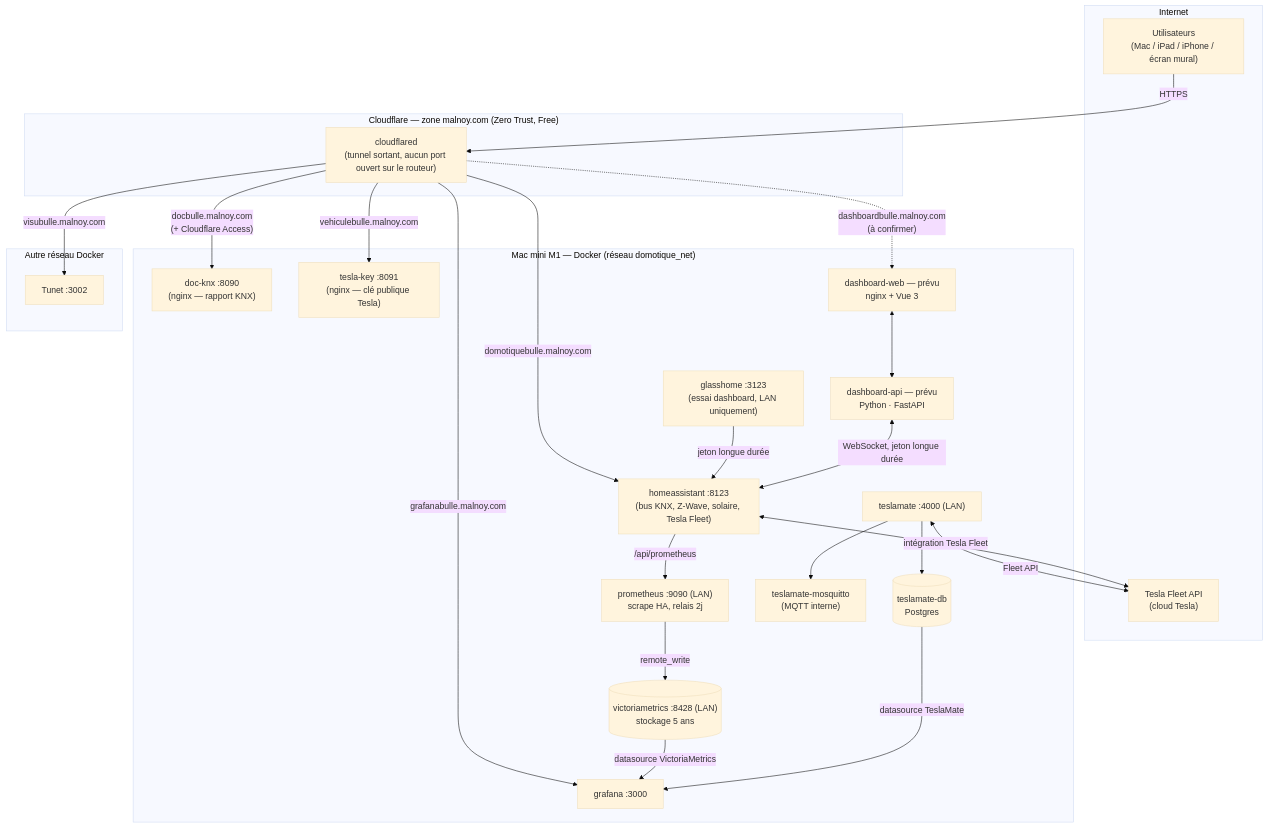
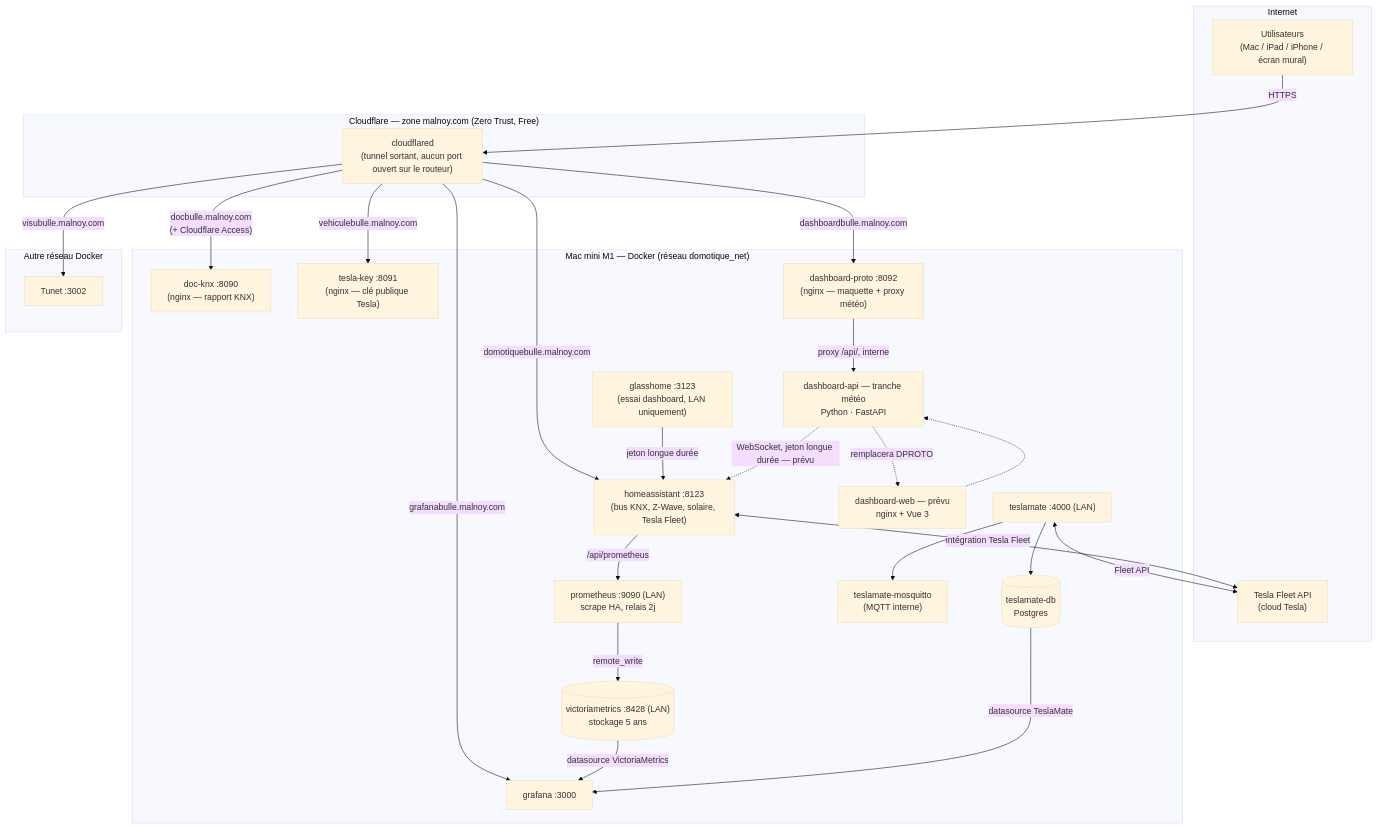
The diagram in README.md (domknx/DomotiqueBulle), drawn with Mermaid (base theme) before and after one commit. The commit also changed other lines of this file and 13 other files, not shown here.

````diff
--- a/README.md
+++ b/README.md
@@ -7,54 +7,57 @@
 ```mermaid
 flowchart TB
   subgraph INTERNET["Internet"]
     USER["Utilisateurs\n(Mac / iPad / iPhone / écran mural)"]
     TESLACLOUD["Tesla Fleet API\n(cloud Tesla)"]
   end
 
   subgraph CF["Cloudflare — zone malnoy.com (Zero Trust, Free)"]
     TUNNEL["cloudflared\n(tunnel sortant, aucun port ouvert sur le routeur)"]
   end
 
   USER -->|HTTPS| TUNNEL
 
   subgraph MAC["Mac mini M1 — Docker (réseau domotique_net)"]
     HA["homeassistant :8123\n(bus KNX, Z-Wave, solaire, Tesla Fleet)"]
     GLASS["glasshome :3123\n(essai dashboard, LAN uniquement)"]
     PROM["prometheus :9090 (LAN)\nscrape HA, relais 2j"]
     VM[("victoriametrics :8428 (LAN)\nstockage 5 ans")]
     GRAF["grafana :3000"]
     DOCKNX["doc-knx :8090\n(nginx — rapport KNX)"]
     TESLAKEY["tesla-key :8091\n(nginx — clé publique Tesla)"]
     TMDB[("teslamate-db\nPostgres")]
     TMMQ["teslamate-mosquitto\n(MQTT interne)"]
     TM["teslamate :4000 (LAN)"]
-    DAPI["dashboard-api — prévu\nPython · FastAPI"]
+    DPROTO["dashboard-proto :8092\n(nginx — maquette + proxy météo)"]
+    DAPI["dashboard-api — tranche météo\nPython · FastAPI"]
     DWEB["dashboard-web — prévu\nnginx + Vue 3"]
   end
 
   subgraph AUTRE["Autre réseau Docker"]
     TUNET["Tunet :3002"]
   end
 
   TUNNEL -->|domotiquebulle.malnoy.com| HA
   TUNNEL -->|grafanabulle.malnoy.com| GRAF
   TUNNEL -->|"docbulle.malnoy.com\n(+ Cloudflare Access)"| DOCKNX
   TUNNEL -->|vehiculebulle.malnoy.com| TESLAKEY
   TUNNEL -->|visubulle.malnoy.com| TUNET
-  TUNNEL -.->|"dashboardbulle.malnoy.com\n(à confirmer)"| DWEB
+  TUNNEL -->|dashboardbulle.malnoy.com| DPROTO
+  DPROTO -->|proxy /api/, interne| DAPI
+  DAPI -.->|remplacera DPROTO| DWEB
 
   HA -->|"/api/prometheus"| PROM
   PROM -->|remote_write| VM
   VM -->|datasource VictoriaMetrics| GRAF
   TMDB -->|datasource TeslaMate| GRAF
 
   TM --> TMDB
   TM --> TMMQ
   TM <-->|Fleet API| TESLACLOUD
   HA <-->|intégration Tesla Fleet| TESLACLOUD
 
   GLASS -->|jeton longue durée| HA
 
-  DAPI <-->|WebSocket, jeton longue durée| HA
-  DWEB <--> DAPI
+  DAPI -.->|WebSocket, jeton longue durée — prévu| HA
+  DWEB -.-> DAPI
 ```
````
